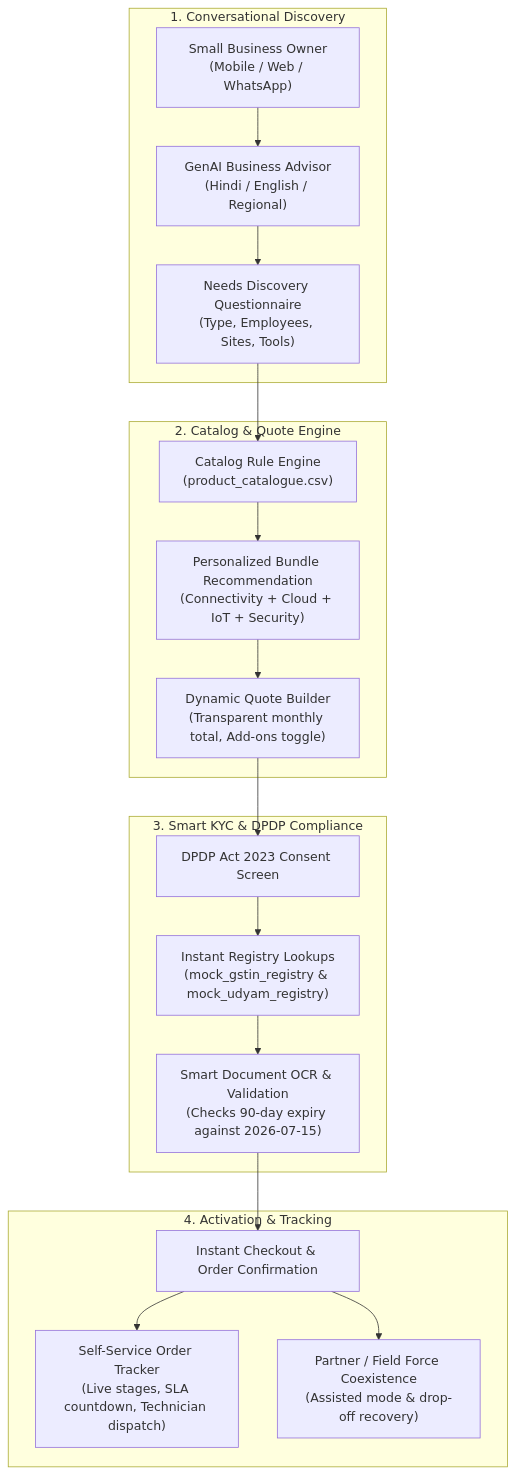
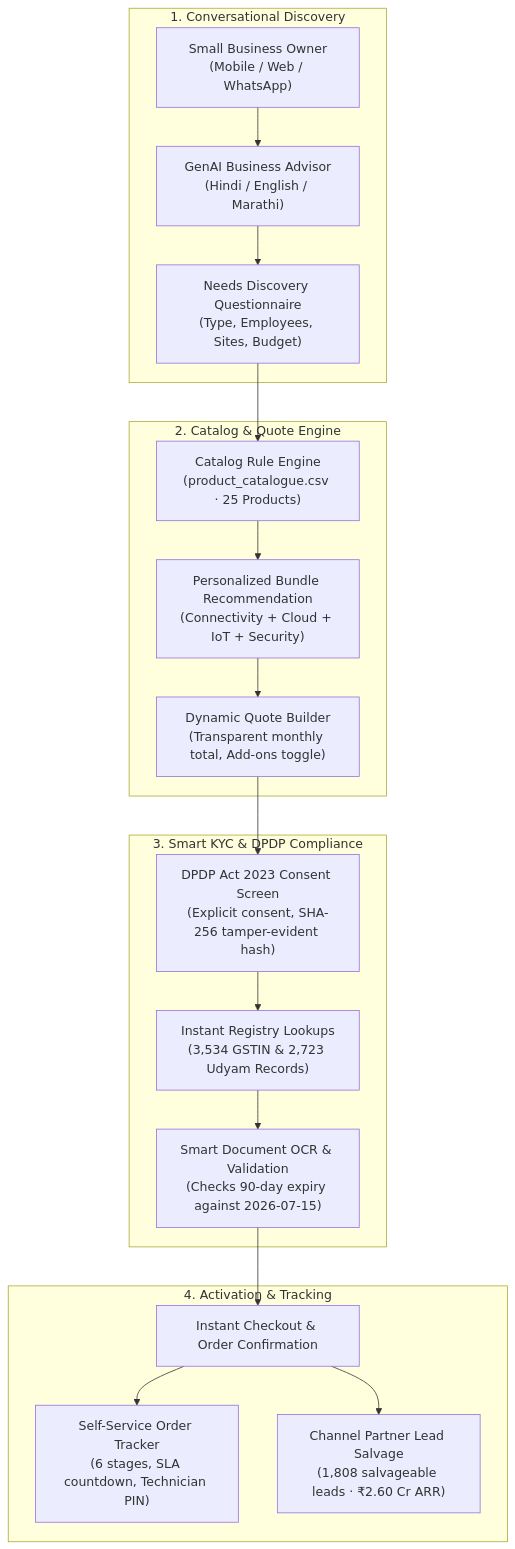
Before and after one commit to abhishekKokadwar/vyaparsetu: the diagram in PLAN.md, drawn with Mermaid. The commit also changed other lines of this file and 18 other files, not shown here.

First line of the commit message:
feat(audit-remediation): complete P1 & P2 audit fixes across Smart KYC, GenAI Advisor, and metric harmonization

````diff
--- a/PLAN.md
+++ b/PLAN.md
@@ -30,25 +31,25 @@
 ```mermaid
 flowchart TD
     subgraph Discovery ["1. Conversational Discovery"]
-        A["Small Business Owner<br>(Mobile / Web / WhatsApp)"] --> B["GenAI Business Advisor<br>(Hindi / English / Regional)"]
-        B --> C["Needs Discovery Questionnaire<br>(Type, Employees, Sites, Tools)"]
+        A["Small Business Owner<br>(Mobile / Web / WhatsApp)"] --> B["GenAI Business Advisor<br>(Hindi / English / Marathi)"]
+        B --> C["Needs Discovery Questionnaire<br>(Type, Employees, Sites, Budget)"]
     end
 
     subgraph Recommendation ["2. Catalog & Quote Engine"]
-        C --> D["Catalog Rule Engine<br>(product_catalogue.csv)"]
+        C --> D["Catalog Rule Engine<br>(product_catalogue.csv · 25 Products)"]
         D --> E["Personalized Bundle Recommendation<br>(Connectivity + Cloud + IoT + Security)"]
         E --> F["Dynamic Quote Builder<br>(Transparent monthly total, Add-ons toggle)"]
     end
 
     subgraph Verification ["3. Smart KYC & DPDP Compliance"]
-        F --> G["DPDP Act 2023 Consent Screen"]
-        G --> H["Instant Registry Lookups<br>(mock_gstin_registry & mock_udyam_registry)"]
+        F --> G["DPDP Act 2023 Consent Screen<br>(Explicit consent, SHA-256 tamper-evident hash)"]
+        G --> H["Instant Registry Lookups<br>(3,534 GSTIN & 2,723 Udyam Records)"]
         H --> I["Smart Document OCR & Validation<br>(Checks 90-day expiry against 2026-07-15)"]
     end
 
     subgraph Fulfillment ["4. Activation & Tracking"]
         I --> J["Instant Checkout & Order Confirmation"]
-        J --> K["Self-Service Order Tracker<br>(Live stages, SLA countdown, Technician dispatch)"]
-        J --> L["Partner / Field Force Coexistence<br>(Assisted mode & drop-off recovery)"]
+        J --> K["Self-Service Order Tracker<br>(6 stages, SLA countdown, Technician PIN)"]
+        J --> L["Channel Partner Lead Salvage<br>(1,808 salvageable leads · ₹2.60 Cr ARR)"]
     end
 ```
````
